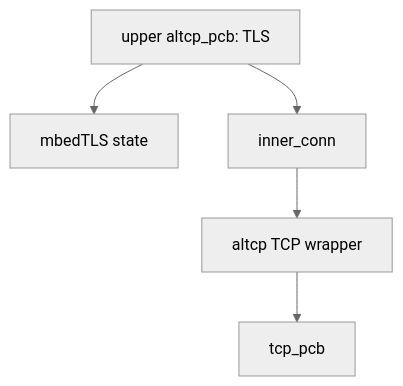
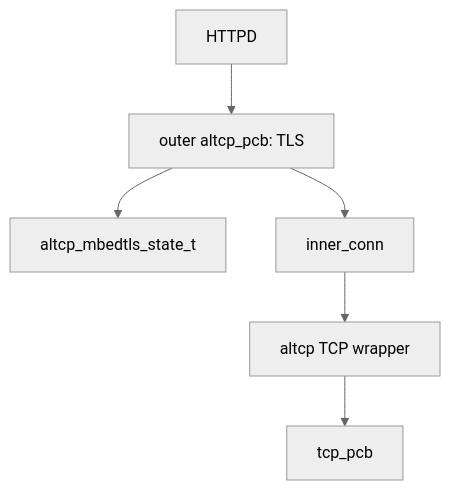
One commit to wdfk-prog/lwIP-Source-Lab changed the third of 8 diagrams in docs/33-altcp-tls-https.md. Above: the diagram before and after it, drawn with Mermaid (neutral theme). The commit also changed other lines of this file and 49 other files, not shown here.

````diff
--- a/docs/33-altcp-tls-https.md
+++ b/docs/33-altcp-tls-https.md
@@ -69,7 +286,8 @@
 ```mermaid
 flowchart TD
-    A["upper altcp_pcb: TLS"] --> B["mbedTLS state"]
-    A --> C["inner_conn"]
-    C --> D["altcp TCP wrapper"]
-    D --> E["tcp_pcb"]
+    A["HTTPD"] --> B["outer altcp_pcb: TLS"]
+    B --> C["altcp_mbedtls_state_t"]
+    B --> D["inner_conn"]
+    D --> E["altcp TCP wrapper"]
+    E --> F["tcp_pcb"]
 ```
````
